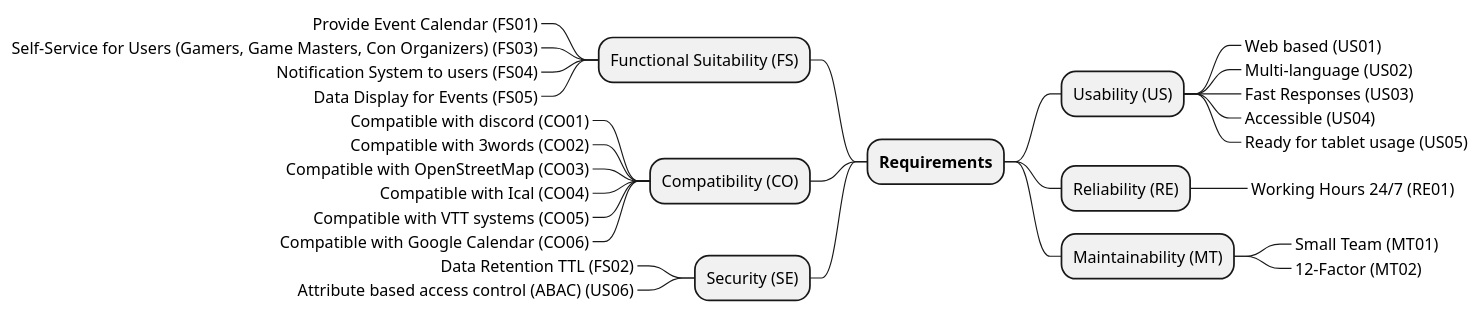
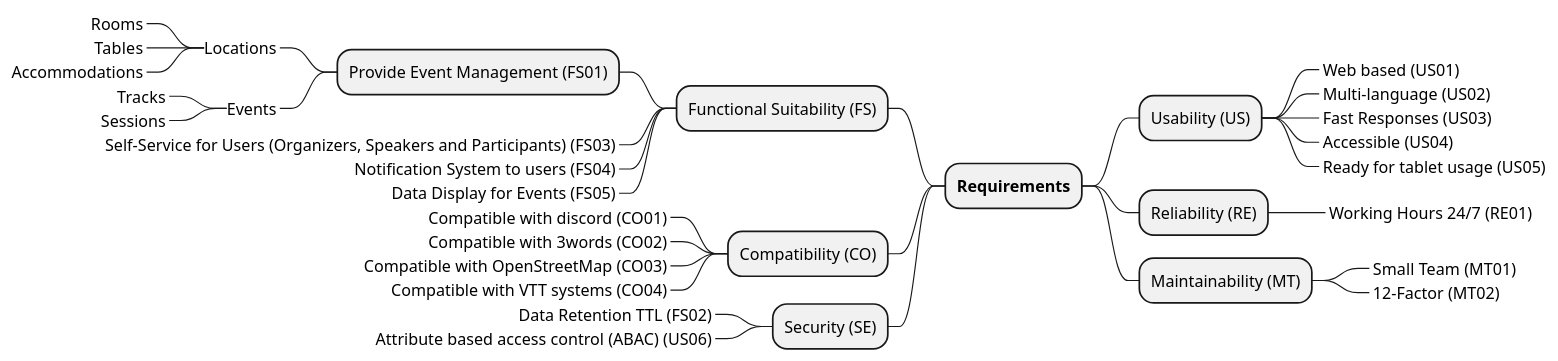
The diagram in docs/modules/arc42/pages/10_quality_requirements.adoc (Paladins-Inn/pandurart), drawn with PlantUML before and after one commit. The commit also changed other lines of this file and 47 other files, not shown here.

```diff
--- a/docs/modules/arc42/pages/10_quality_requirements.adoc
+++ b/docs/modules/arc42/pages/10_quality_requirements.adoc
@@ -43,33 +38,38 @@
 [plantuml,quality-tree,svg]
 ----
 @startmindmap
 + **Requirements**
 -- Functional Suitability (FS)
----_ Provide Event Calendar (FS01)
----_ Self-Service for Users (Gamers, Game Masters, Con Organizers) (FS03)
+--- Provide Event Management (FS01)
+----_ Locations
+-----_ Rooms
+-----_ Tables
+-----_ Accommodations
+----_ Events
+-----_ Tracks
+-----_ Sessions
+---_ Self-Service for Users (Organizers, Speakers and Participants) (FS03)
 ---_ Notification System to users (FS04)
 ---_ Data Display for Events (FS05)
 -- Compatibility (CO)
 ---_ Compatible with discord (CO01)
 ---_ Compatible with 3words (CO02)
 ---_ Compatible with OpenStreetMap (CO03)
----_ Compatible with Ical (CO04)
----_ Compatible with VTT systems (CO05)
----_ Compatible with Google Calendar (CO06)
+---_ Compatible with VTT systems (CO04)
 -- Security (SE)
 ---_ Data Retention TTL (FS02)
 ---_ Attribute based access control (ABAC) (US06)
 
 ++ Usability (US)
 +++_ Web based (US01)
 +++_ Multi-language (US02)
 +++_ Fast Responses (US03)
 +++_ Accessible (US04)
 +++_ Ready for tablet usage (US05)
 ++ Reliability (RE)
 +++_ Working Hours 24/7 (RE01)
 ++ Maintainability (MT)
 +++_ Small Team (MT01)
 +++_ 12-Factor (MT02)
 @endmindmap
 ----
```
